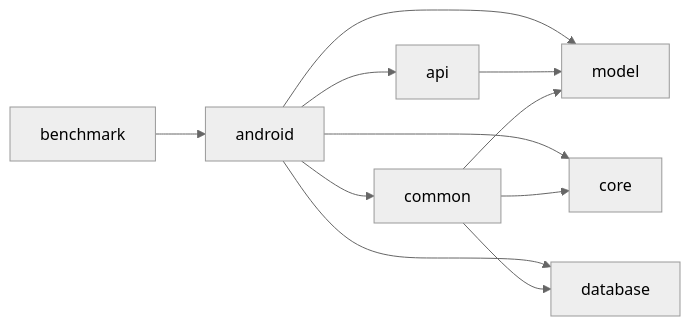
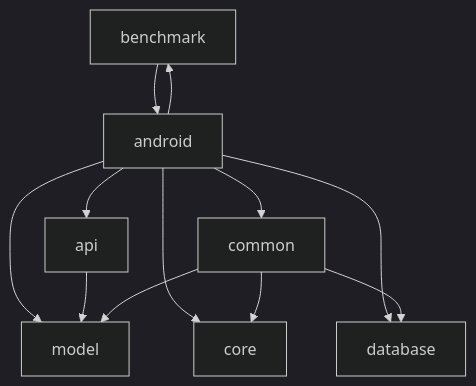
Before and after one commit to msfjarvis/compose-lobsters: the diagram in README.md, drawn with Mermaid. The commit also changed 1 other file, not shown here.

Commit message:
chore: refresh module graph

````diff
--- a/README.md
+++ b/README.md
@@ -19,21 +19,22 @@
 ```mermaid
 %%{
   init: {
-    'theme': 'neutral'
+    'theme': 'dark'
   }
 }%%
 
-graph LR
+graph TB
 
   benchmark --> android
   android --> api
   android --> common
   android --> core
   android --> database
   android --> model
+  android --> benchmark
   api --> model
   common --> core
   common --> database
   common --> model
 
 ```
````
